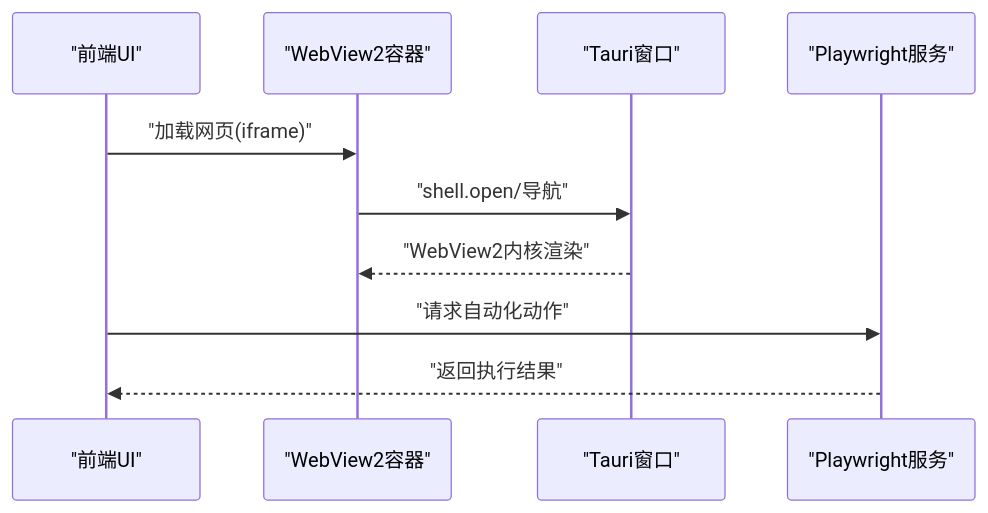
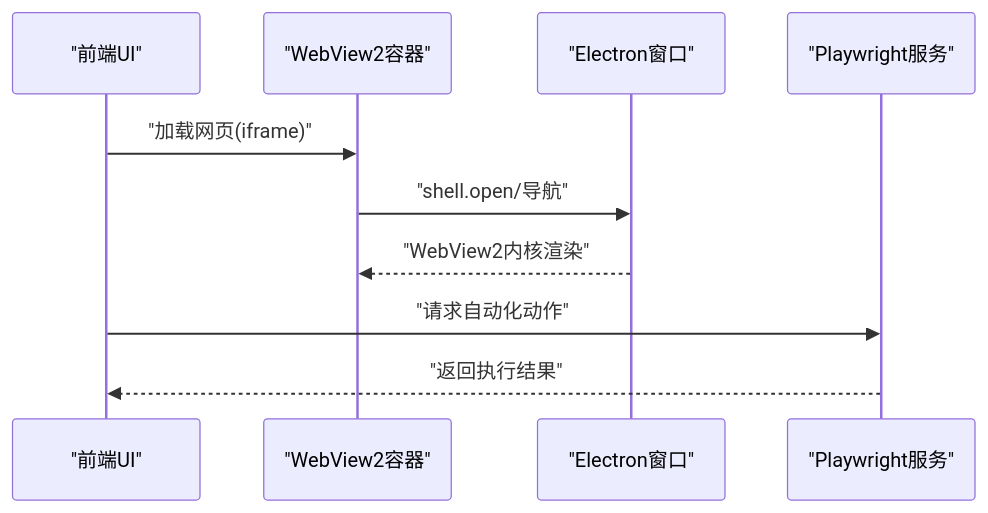
The eighth of 9 diagrams in .qoder/repowiki/zh/content/架构设计/技术栈.md (baike08/cosurf), drawn with Mermaid before and after one commit. The commit also changed other lines of this file and 15 other files, not shown here.

````diff
--- a/.qoder/repowiki/zh/content/架构设计/技术栈.md
+++ b/.qoder/repowiki/zh/content/架构设计/技术栈.md
@@ -283,12 +368,12 @@
 ```mermaid
 sequenceDiagram
 participant UI as "前端UI"
 participant WV as "WebView2容器"
-participant TA as "Tauri窗口"
+participant EL as "Electron窗口"
 participant PW as "Playwright服务"
 UI->>WV : "加载网页(iframe)"
-WV->>TA : "shell.open/导航"
-TA-->>WV : "WebView2内核渲染"
+WV->>EL : "shell.open/导航"
+EL-->>WV : "WebView2内核渲染"
 UI->>PW : "请求自动化动作"
 PW-->>UI : "返回执行结果"
 ```
````
